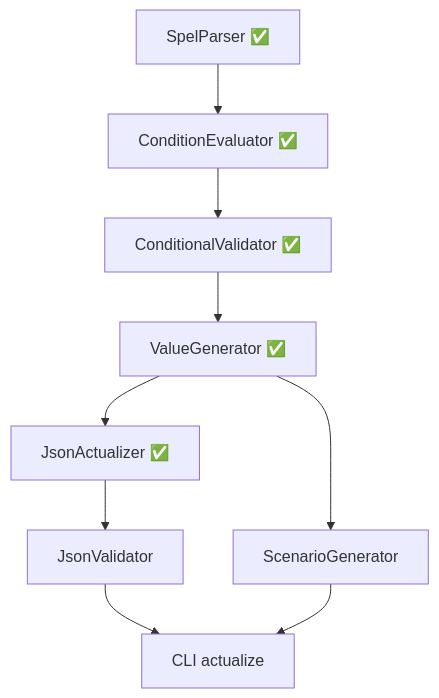
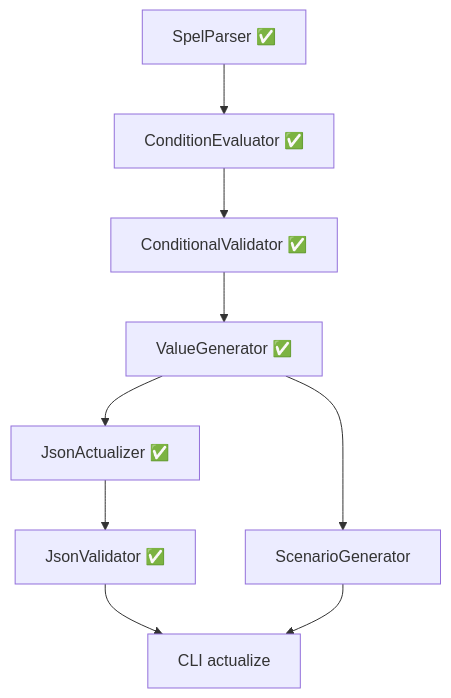
One commit to Chemixx/json-scenario-generator changed the diagram in TODO.md. Above: the diagram before and after it, drawn with Mermaid. The commit also changed other lines of this file, not shown here.

````diff
--- a/TODO.md
+++ b/TODO.md
@@ -355,11 +598,11 @@
 ```mermaid
 graph TD
     A[SpelParser ✅] --> B[ConditionEvaluator ✅]
     B --> C[ConditionalValidator ✅]
     C --> D[ValueGenerator ✅]
     D --> E[JsonActualizer ✅]
-    E --> F[JsonValidator]
+    E --> F[JsonValidator ✅]
     F --> G[CLI actualize]
     D --> H[ScenarioGenerator]
     H --> G
 ```
````
